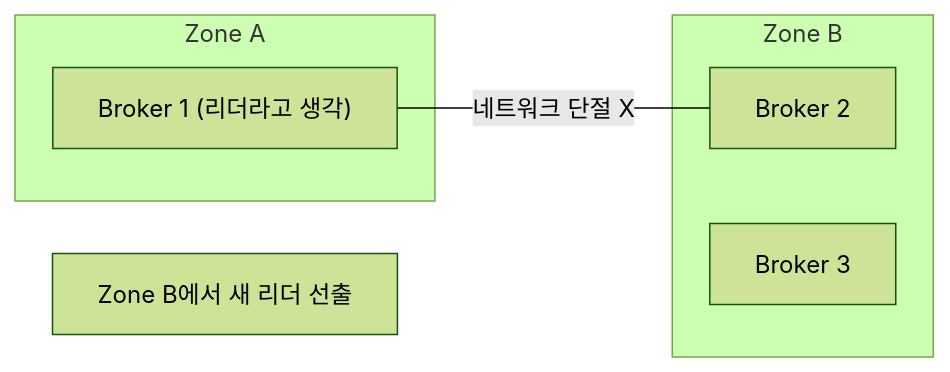
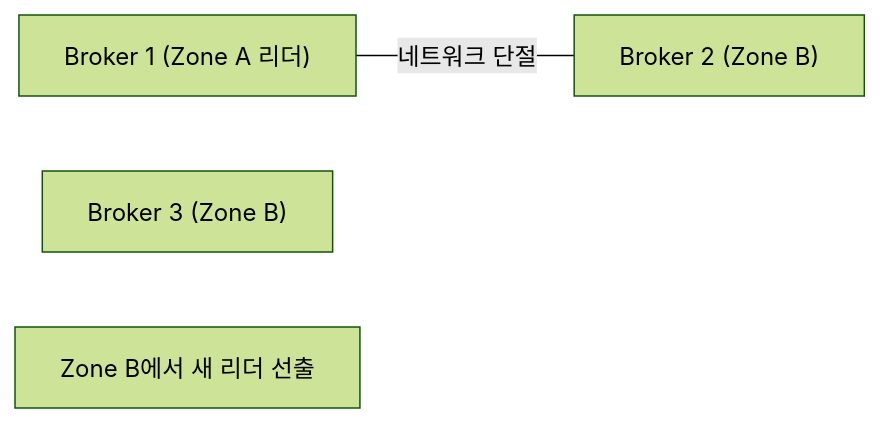
One commit to yjkim2015/yjkim2015.github.io changed diagram 16 of 21 in _posts/kafka/2026-05-01-kafka-extreme-scenarios.md. Above: the diagram before and after it, drawn with Mermaid (forest theme). The commit also changed other lines of this file and 155 other files, not shown here.

First line of the commit message:
Mermaid 전면 수정: subgraph 제거, participant/노드/줄수 축소 (342블록)

````diff
--- a/_posts/kafka/2026-05-01-kafka-extreme-scenarios.md
+++ b/_posts/kafka/2026-05-01-kafka-extreme-scenarios.md
@@ -525,12 +515,8 @@
 ```mermaid
 graph LR
-    subgraph zoneA["Zone A"]
-        B1["Broker 1 (리더라고 생각)"]
-    end
-    subgraph zoneB["Zone B"]
-        B2["Broker 2"]
-        B3["Broker 3"]
-    end
-    B1 ---|네트워크 단절 X| B2
+    B1["Broker 1 (Zone A 리더)"]
+    B2["Broker 2 (Zone B)"]
+    B3["Broker 3 (Zone B)"]
+    B1 ---|네트워크 단절| B2
     Note1["Zone B에서 새 리더 선출"]
 ```
````
